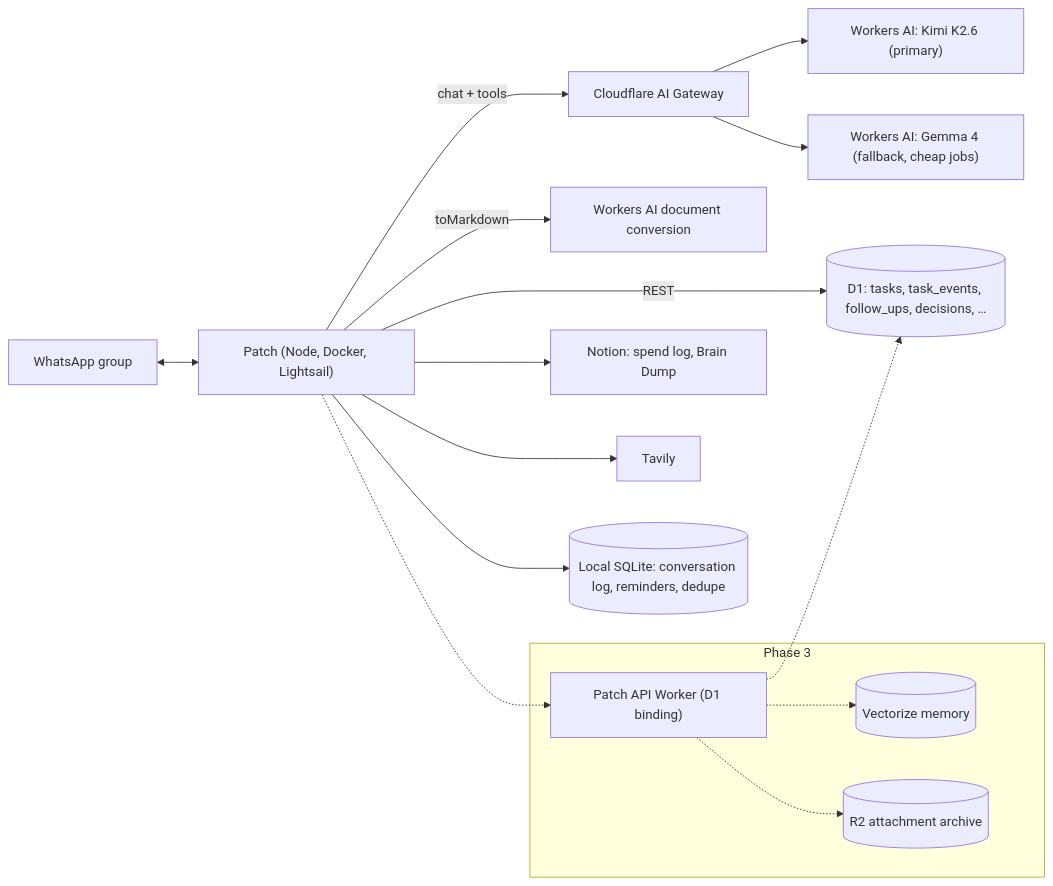
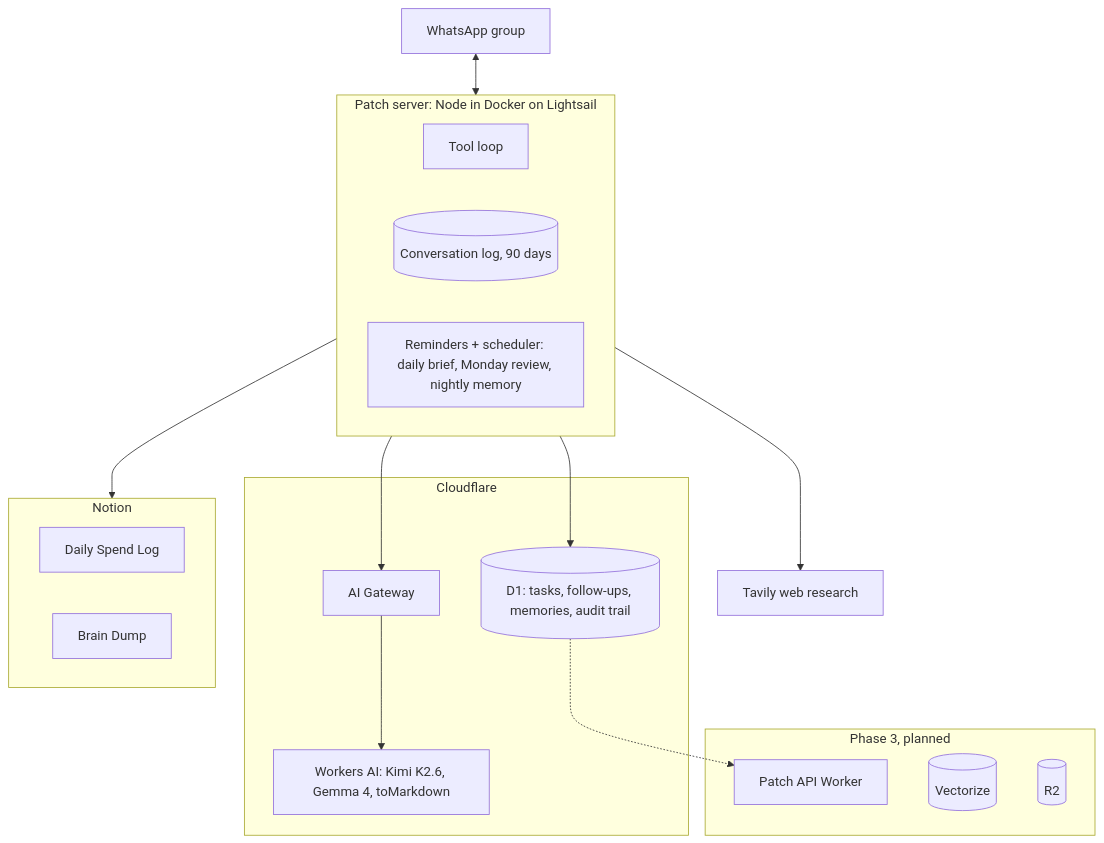
The first of 2 diagrams in docs/chief-of-staff-plan.md (sagnik11/dia-whatsapp-bot), drawn with Mermaid before and after one commit. The commit also changed other lines of this file and 4 other files, not shown here.

First line of the commit message:
Apply founder decisions: 90-day conversation log, daily brief on at 09:00

````diff
--- a/docs/chief-of-staff-plan.md
+++ b/docs/chief-of-staff-plan.md
@@ -167,21 +98,27 @@
 ```mermaid
-flowchart LR
-    WA["WhatsApp group"] <--> BOT["Patch (Node, Docker, Lightsail)"]
-    BOT -->|chat + tools| GW["Cloudflare AI Gateway"]
-    GW --> K["Workers AI: Kimi K2.6 (primary)"]
-    GW --> G["Workers AI: Gemma 4 (fallback, cheap jobs)"]
-    BOT -->|toMarkdown| WAI["Workers AI document conversion"]
-    BOT -->|REST| D1[("D1: tasks, task_events, follow_ups, decisions, …")]
-    BOT --> N["Notion: spend log, Brain Dump"]
-    BOT --> T["Tavily"]
-    BOT --> SQ[("Local SQLite: conversation log, reminders, dedupe")]
-    subgraph Phase 3
-      VEC[("Vectorize memory")]
-      R2[("R2 attachment archive")]
-      W["Patch API Worker (D1 binding)"]
+flowchart TB
+    WA["WhatsApp group"] <--> BOT
+    subgraph BOT["Patch server: Node in Docker on Lightsail"]
+      LOOP["Tool loop"]
+      LOG[("Conversation log, 90 days")]
+      SCHED["Reminders + scheduler: daily brief, Monday review, nightly memory"]
     end
-    BOT -.-> W
-    W -.-> D1
-    W -.-> VEC
-    W -.-> R2
+    subgraph CF["Cloudflare"]
+      GW["AI Gateway"] --> WAI["Workers AI: Kimi K2.6, Gemma 4, toMarkdown"]
+      D1[("D1: tasks, follow-ups, memories, audit trail")]
+    end
+    subgraph NOTION["Notion"]
+      SPEND["Daily Spend Log"]
+      BD["Brain Dump"]
+    end
+    BOT --> GW
+    BOT --> D1
+    BOT --> NOTION
+    BOT --> TAV["Tavily web research"]
+    subgraph P3["Phase 3, planned"]
+      W["Patch API Worker"]
+      VEC[("Vectorize")]
+      R2[("R2")]
+    end
+    D1 -.-> W
 ```
````
